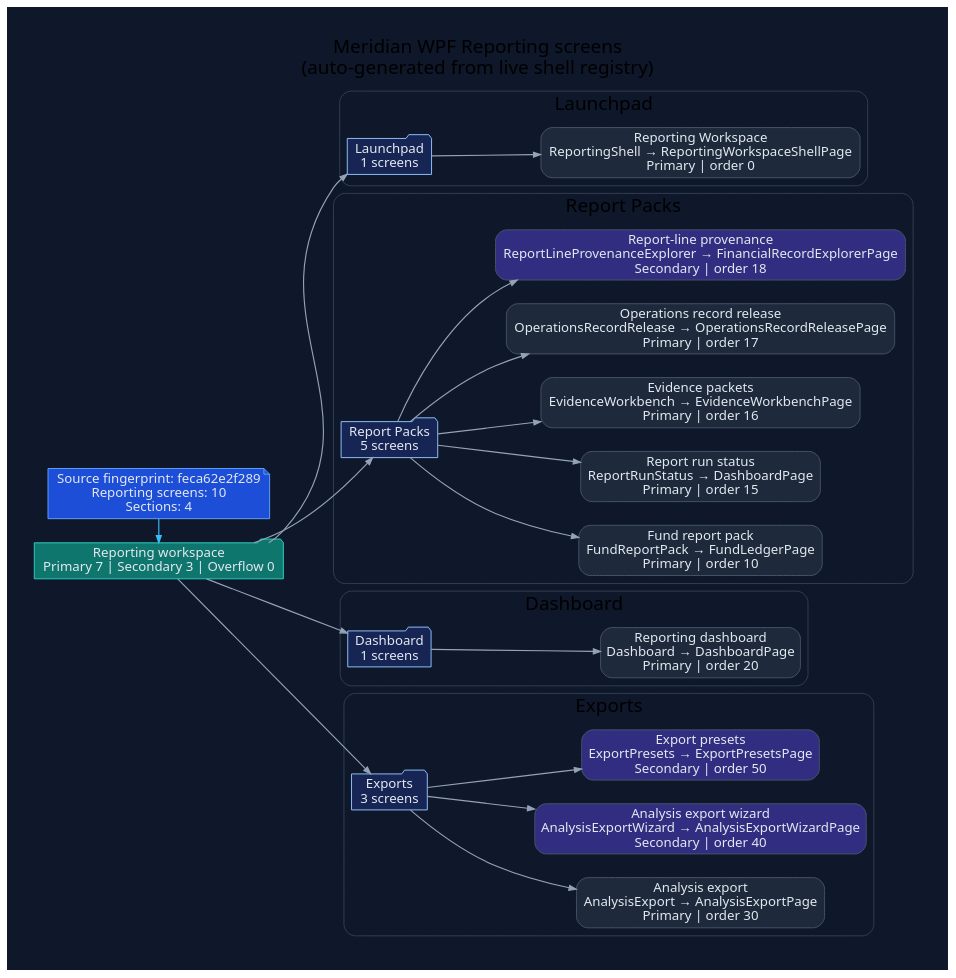
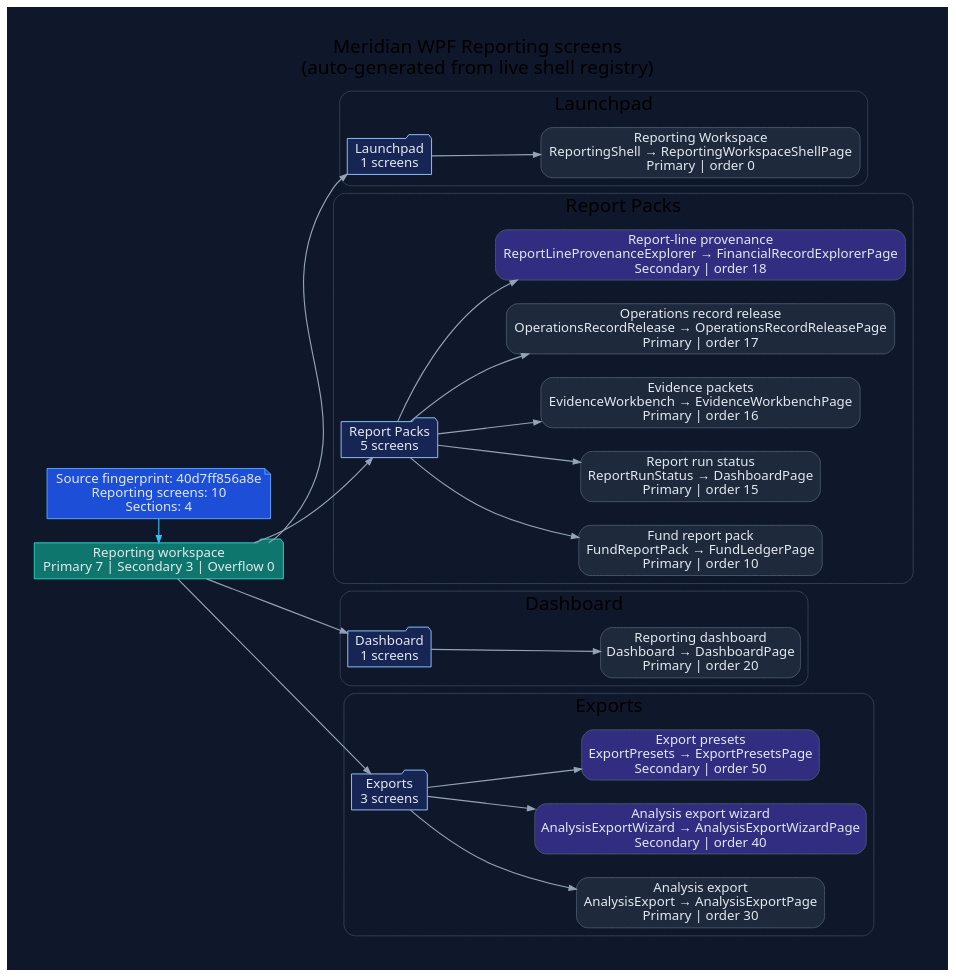
The diagram in docs/diagrams/ui/ui-wpf-screens-reporting.dot (rodoHasArrived/Meridian-main), drawn with Graphviz before and after one commit. The commit also changed 51 other files, not shown here.

First line of the commit message:
Regenerate maintained docs, diagrams and dashboards

```diff
--- a/docs/diagrams/ui/ui-wpf-screens-reporting.dot
+++ b/docs/diagrams/ui/ui-wpf-screens-reporting.dot
@@ -1,78 +1,78 @@
 // -----------------------------------------------------------------------------
 // <auto-generated>
 // Generated by scripts/generate-diagrams.mjs.
 // Do not edit this file directly; update the WPF source files instead.
 // -----------------------------------------------------------------------------
 digraph WpfReportingScreens {
   graph [
     rankdir=LR,
     labelloc=t,
     label="Meridian WPF Reporting screens\n(auto-generated from live shell registry)",
     fontname="Segoe UI",
     fontsize=20,
     pad=0.4,
     nodesep=0.35,
     ranksep=0.85,
     bgcolor="#0f172a"
   ];
   node [fontname="Segoe UI", shape=box, style="rounded,filled", color="#475569", fontcolor="#e2e8f0", fillcolor="#1e293b"];
   edge [fontname="Segoe UI", color="#94a3b8", penwidth=1.2, arrowsize=0.75];
 
-  generated [shape=note, fillcolor="#1d4ed8", color="#60a5fa", label="Source fingerprint: feca62e2f289\nReporting screens: 10\nSections: 4"];
+  generated [shape=note, fillcolor="#1d4ed8", color="#60a5fa", label="Source fingerprint: 40d7ff856a8e\nReporting screens: 10\nSections: 4"];
   workspace [shape=folder, fillcolor="#0f766e", color="#2dd4bf", label="Reporting workspace\nPrimary 7 | Secondary 3 | Overflow 0"];
   generated -> workspace [color="#38bdf8"];
 
   subgraph cluster_section_1 {
     label="Launchpad";
     color="#334155";
     style="rounded";
     section_1 [shape=folder, fillcolor="#172554", color="#93c5fd", label="Launchpad\n1 screens"];
     workspace -> section_1;
     screen_ReportingShell [fillcolor="#1e293b", label="Reporting Workspace\nReportingShell → ReportingWorkspaceShellPage\nPrimary | order 0"];
     section_1 -> screen_ReportingShell;
   }
 
   subgraph cluster_section_2 {
     label="Report Packs";
     color="#334155";
     style="rounded";
     section_2 [shape=folder, fillcolor="#172554", color="#93c5fd", label="Report Packs\n5 screens"];
     workspace -> section_2;
     screen_FundReportPack [fillcolor="#1e293b", label="Fund report pack\nFundReportPack → FundLedgerPage\nPrimary | order 10"];
     section_2 -> screen_FundReportPack;
     screen_ReportRunStatus [fillcolor="#1e293b", label="Report run status\nReportRunStatus → DashboardPage\nPrimary | order 15"];
     section_2 -> screen_ReportRunStatus;
     screen_EvidenceWorkbench [fillcolor="#1e293b", label="Evidence packets\nEvidenceWorkbench → EvidenceWorkbenchPage\nPrimary | order 16"];
     section_2 -> screen_EvidenceWorkbench;
     screen_OperationsRecordRelease [fillcolor="#1e293b", label="Operations record release\nOperationsRecordRelease → OperationsRecordReleasePage\nPrimary | order 17"];
     section_2 -> screen_OperationsRecordRelease;
     screen_ReportLineProvenanceExplorer [fillcolor="#312e81", label="Report-line provenance\nReportLineProvenanceExplorer → FinancialRecordExplorerPage\nSecondary | order 18"];
     section_2 -> screen_ReportLineProvenanceExplorer;
   }
 
   subgraph cluster_section_3 {
     label="Dashboard";
     color="#334155";
     style="rounded";
     section_3 [shape=folder, fillcolor="#172554", color="#93c5fd", label="Dashboard\n1 screens"];
     workspace -> section_3;
     screen_Dashboard [fillcolor="#1e293b", label="Reporting dashboard\nDashboard → DashboardPage\nPrimary | order 20"];
     section_3 -> screen_Dashboard;
   }
 
   subgraph cluster_section_4 {
     label="Exports";
     color="#334155";
     style="rounded";
     section_4 [shape=folder, fillcolor="#172554", color="#93c5fd", label="Exports\n3 screens"];
     workspace -> section_4;
     screen_AnalysisExport [fillcolor="#1e293b", label="Analysis export\nAnalysisExport → AnalysisExportPage\nPrimary | order 30"];
     section_4 -> screen_AnalysisExport;
     screen_AnalysisExportWizard [fillcolor="#312e81", label="Analysis export wizard\nAnalysisExportWizard → AnalysisExportWizardPage\nSecondary | order 40"];
     section_4 -> screen_AnalysisExportWizard;
     screen_ExportPresets [fillcolor="#312e81", label="Export presets\nExportPresets → ExportPresetsPage\nSecondary | order 50"];
     section_4 -> screen_ExportPresets;
   }
 
   { rank=min; generated; workspace; }
 }
```
